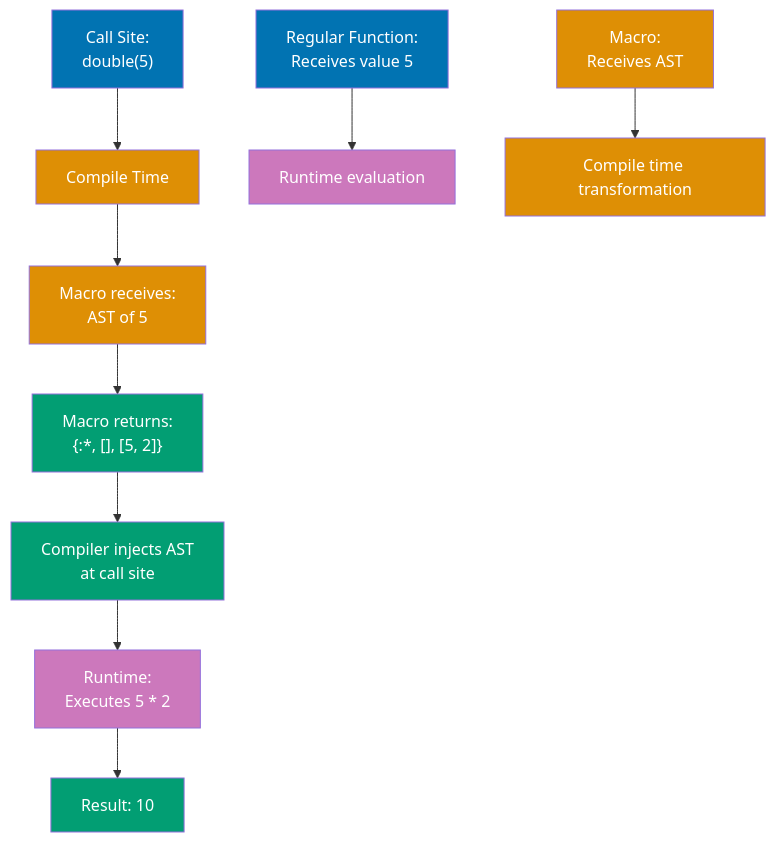
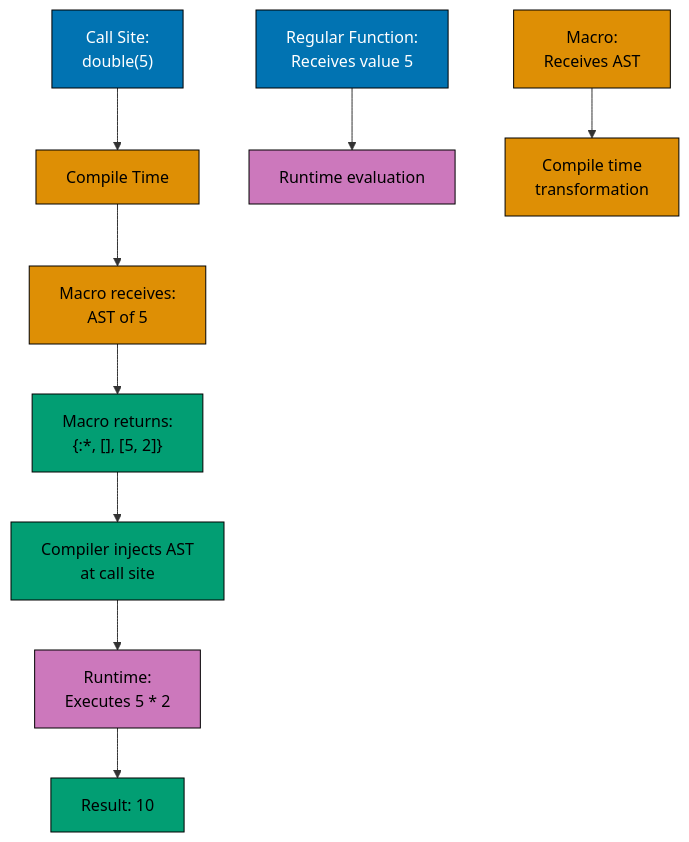
One commit to wahidyankf/ose-public changed diagram 15 of 24 in apps/ayokoding-www/content/en/learn/legacy/software-engineering/programming-languages/elixir/by-example/advanced.md. Above: the diagram before and after it, drawn with Mermaid. The commit also changed other lines of this file and 112 other files, not shown here.

First line of the commit message:
fix(mermaid): bring the legacy programming-languages diagrams onto the accessible palette

````diff
--- a/apps/ayokoding-www/content/en/learn/legacy/software-engineering/programming-languages/elixir/by-example/advanced.md
+++ b/apps/ayokoding-www/content/en/learn/legacy/software-engineering/programming-languages/elixir/by-example/advanced.md
@@ -2379,25 +2474,32 @@
 ```mermaid
 %% Color Palette: Blue #0173B2, Orange #DE8F05, Teal #029E73, Purple #CC78BC, Brown #CA9161
 graph TD
+    accTitle: Example 73: Writing Simple Macros
+    accDescr: Graph with 11 nodes and 8 connections. Nodes: Call Site: double(5), Compile Time, Macro receives: AST of 5, Macro returns: :*, [], [5, 2], Compiler injects AST at call site, Runtime: Executes 5 * 2, Result: 10, Regular Function: Receives value 5, Runtime evaluation, Macro: Receives AST, Compile time transformation. Connections: Call Site: double(5) to Compile Time, Compile Time to Macro receives: AST of 5, Macro receives: AST of 5 to Macro returns: :*, [], [5, 2], Macro returns: :*, [], [5, 2] to Compiler injects AST at call site, Compiler injects AST at call site to Runtime: Executes 5 * 2, Runtime: Executes 5 * 2 to Result: 10, Regular Function: Receives value 5 to Runtime evaluation, Macro: Receives AST to Compile time transformation.
     CallSite["Call Site:<br/>double(5)"] --> CompileTime["Compile Time"]
     CompileTime --> MacroReceives["Macro receives:<br/>AST of 5"]
     MacroReceives --> MacroReturns["Macro returns:<br/>{:*, [], [5, 2]}"]
     MacroReturns --> Inject["Compiler injects AST<br/>at call site"]
     Inject --> Runtime["Runtime:<br/>Executes 5 * 2"]
     Runtime --> Result["Result: 10"]
 
     Function["Regular Function:<br/>Receives value 5"] --> FuncRuntime["Runtime evaluation"]
-    Macro["Macro:<br/>Receives AST"] --> MacroCompile["Compile time transformation"]
+    Macro["Macro:<br/>Receives AST"] --> MacroCompile["Compile time<br/>transformation"]
 
-    style CallSite fill:#0173B2,color:#fff
-    style CompileTime fill:#DE8F05,color:#fff
-    style MacroReceives fill:#DE8F05,color:#fff
-    style MacroReturns fill:#029E73,color:#fff
-    style Inject fill:#029E73,color:#fff
-    style Runtime fill:#CC78BC,color:#fff
-    style Result fill:#029E73,color:#fff
-    style Function fill:#0173B2,color:#fff
-    style Macro fill:#DE8F05,color:#fff
-    style FuncRuntime fill:#CC78BC,color:#fff
-    style MacroCompile fill:#DE8F05,color:#fff
+    classDef pal-0173B2 fill:#0173B2,stroke:#000000,color:#FFFFFF
+    class CallSite pal-0173B2
+    classDef pal-DE8F05 fill:#DE8F05,stroke:#000000,color:#000000
+    class CompileTime pal-DE8F05
+    class MacroReceives pal-DE8F05
+    classDef pal-029E73 fill:#029E73,stroke:#000000,color:#000000
+    class MacroReturns pal-029E73
+    class Inject pal-029E73
+    classDef pal-CC78BC fill:#CC78BC,stroke:#000000,color:#000000
+    class Runtime pal-CC78BC
+    class Result pal-029E73
+    class Function pal-0173B2
+    class Macro pal-DE8F05
+    class FuncRuntime pal-CC78BC
+    class MacroCompile pal-DE8F05
+    classDef default fill:#FFFFFF,stroke:#000000,color:#000000
 ```
````
